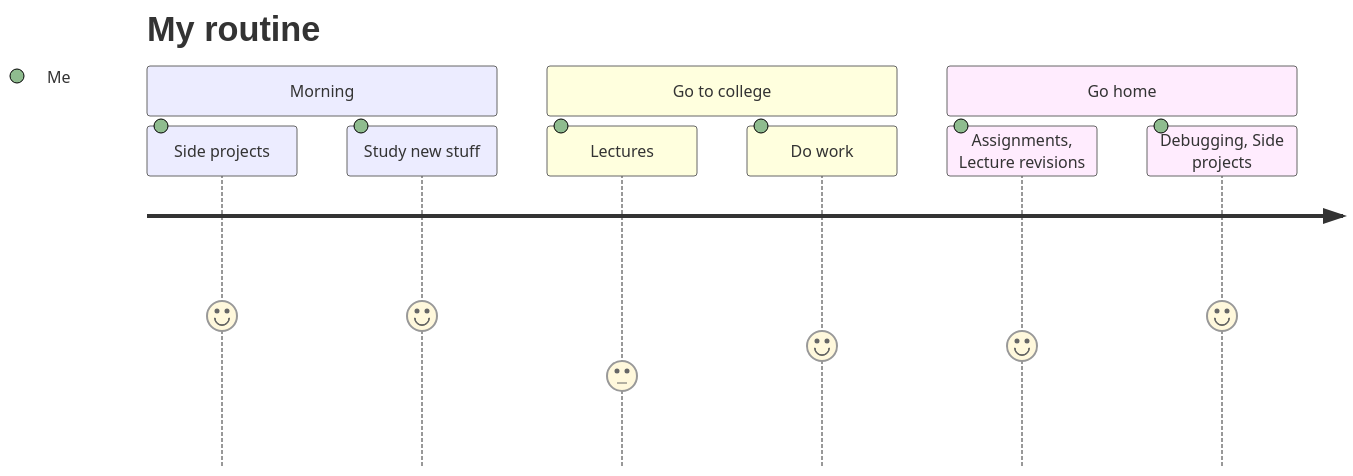
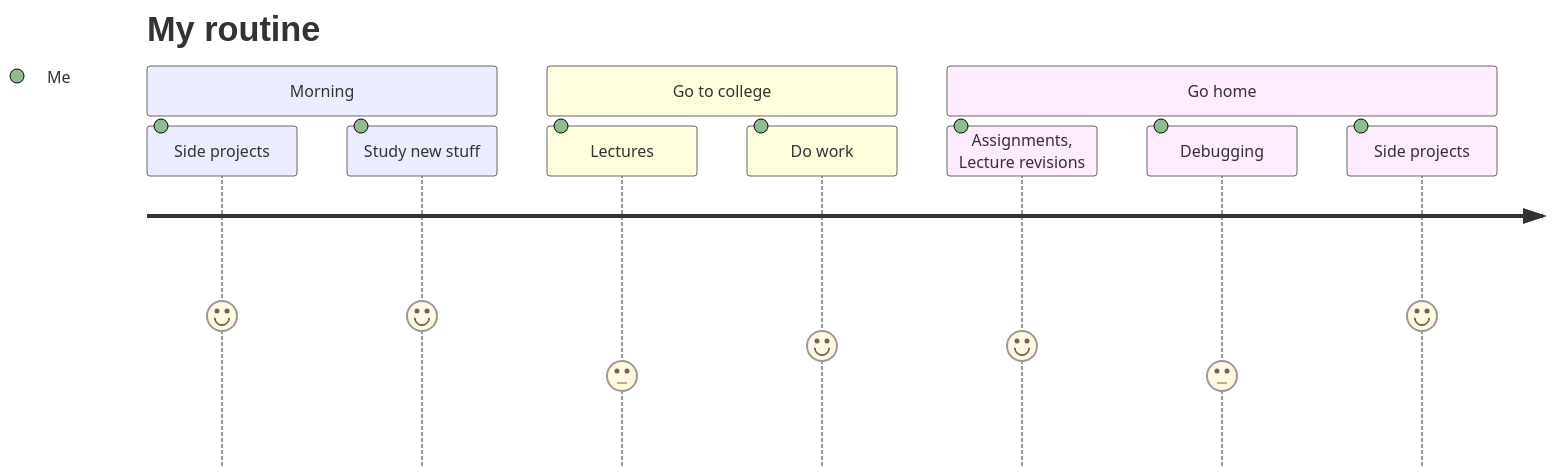
Before and after one commit to hwaseem04/hwaseem04: the diagram in README.md, drawn with Mermaid.

Commit message:
Little change in GO home section

````diff
--- a/README.md
+++ b/README.md
@@ -28,13 +28,14 @@
 ```mermaid
 journey
     title My routine
     section Morning
       Side projects: 5: Me
       Study new stuff: 5: Me
     section Go to college
       Lectures: 3: Me
       Do work: 4: Me
     section Go home
       Assignments, Lecture revisions: 4: Me
-      Debugging, Side projects: 5: Me
+      Debugging: 3: Me
+      Side projects: 5: Me
 ```
````
